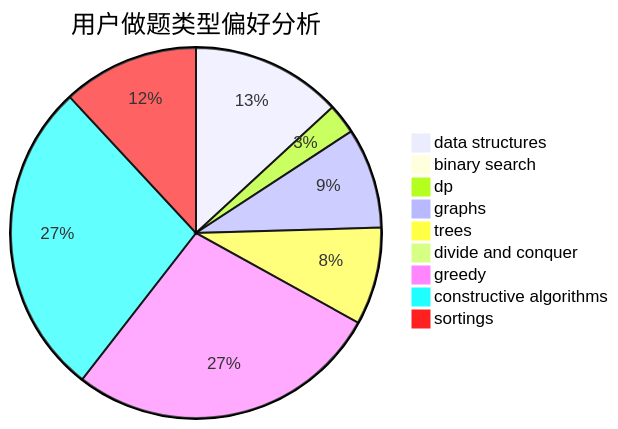
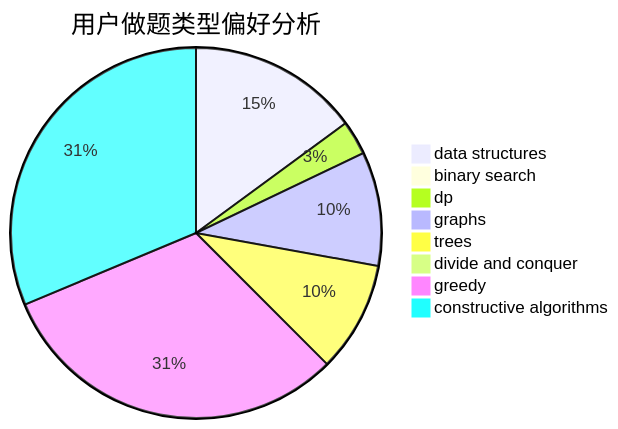
One commit to sherpahu/cfrs.github.io changed the second of 3 diagrams in docs/user/u289.md. Above: the diagram before and after it, drawn with Mermaid. The commit also changed other lines of this file and 2769 other files, not shown here.

````diff
--- a/docs/user/u289.md
+++ b/docs/user/u289.md
@@ -18,12 +18,11 @@
 ```mermaid
 pie title 用户做题类型偏好分析
     "data structures" :  255
     "binary search" :  16
     "dp" :  51
     "graphs" :  170
     "trees" :  165
     "divide and conquer" :  9
     "greedy" :  533
     "constructive algorithms" :  535
-    "sortings" :  231
 ```
````
